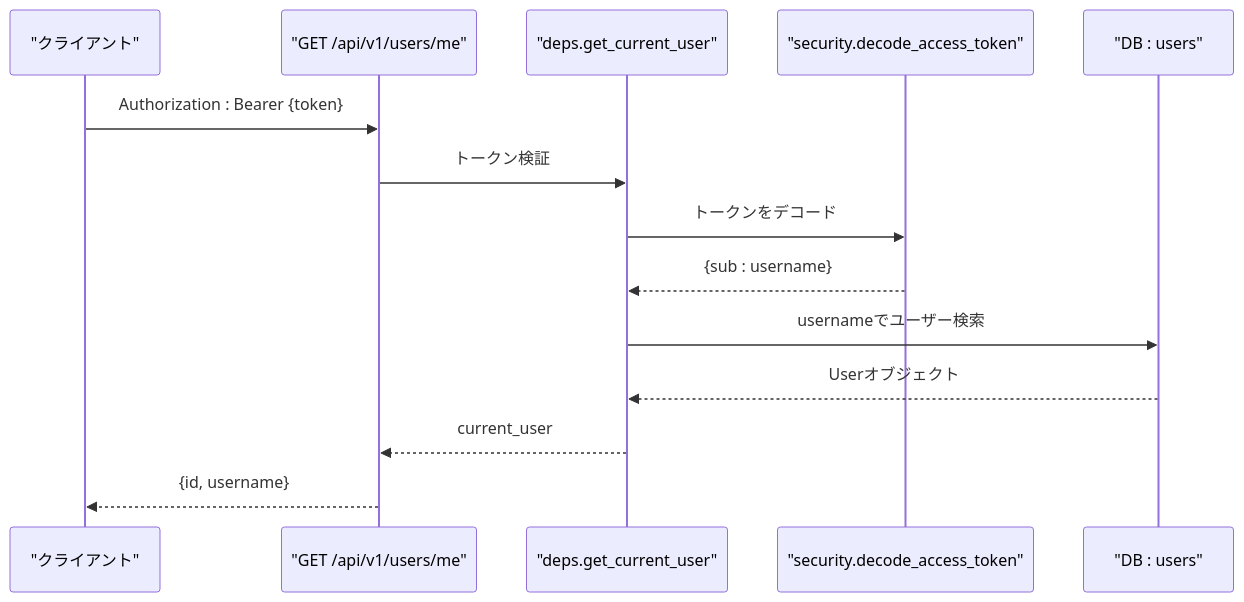
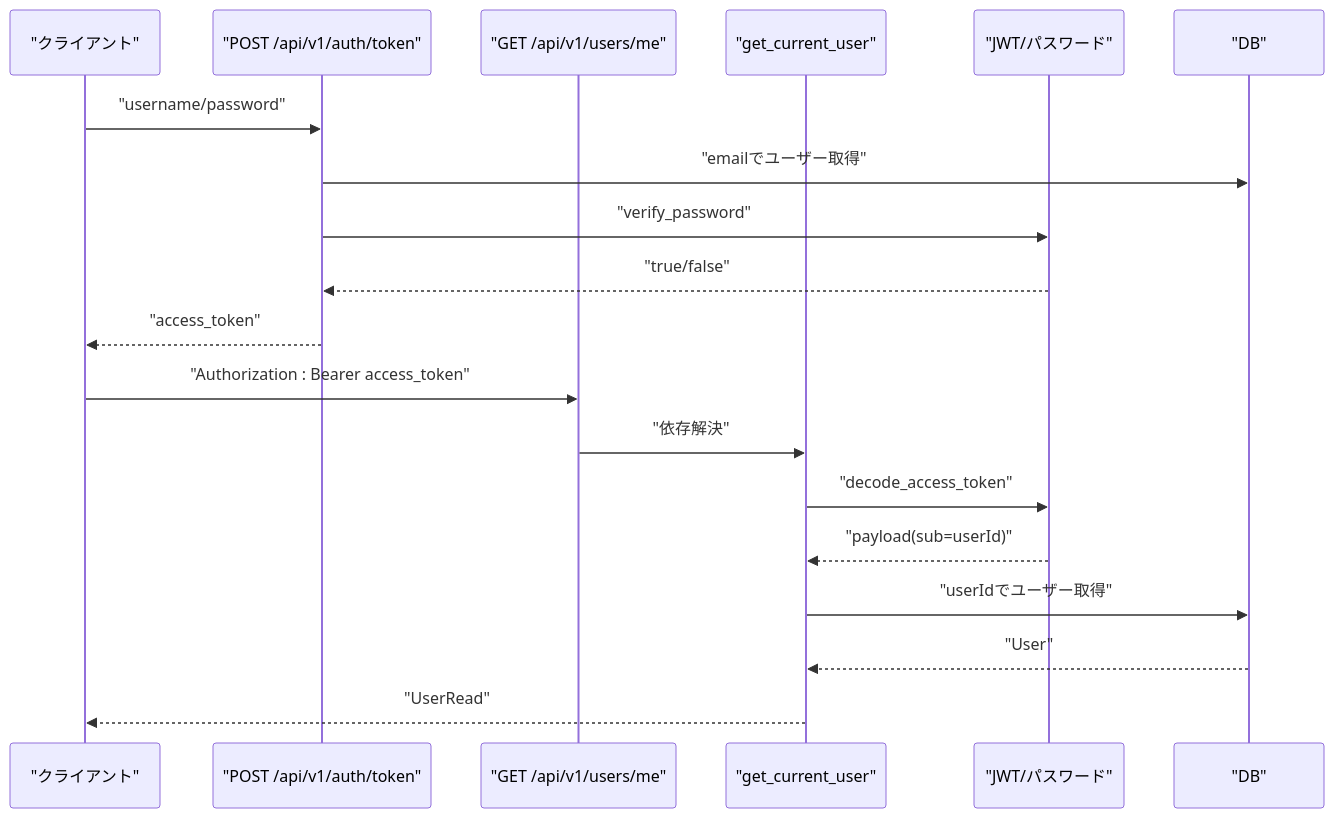
Before and after one commit to ss8806/Todos: the third of 5 diagrams in .qoder/repowiki/ja/content/APIリファレンス/ユーザーAPI.md, drawn with Mermaid. The commit also changed other lines of this file and 106 other files, not shown here.

````diff
--- a/.qoder/repowiki/ja/content/APIリファレンス/ユーザーAPI.md
+++ b/.qoder/repowiki/ja/content/APIリファレンス/ユーザーAPI.md
@@ -127,16 +242,21 @@
 ```mermaid
 sequenceDiagram
-participant C as "クライアント"
-participant U as "GET /api/v1/users/me"
-participant D as "deps.get_current_user"
-participant S as "security.decode_access_token"
-participant DB as "DB : users"
-C->>U : Authorization : Bearer {token}
-U->>D : トークン検証
-D->>S : トークンをデコード
-S-->>D : {sub : username}
-D->>DB : usernameでユーザー検索
-DB-->>D : Userオブジェクト
-D-->>U : current_user
-U-->>C : {id, username}
+participant Client as "クライアント"
+participant Auth as "POST /api/v1/auth/token"
+participant Users as "GET /api/v1/users/me"
+participant Deps as "get_current_user"
+participant Sec as "JWT/パスワード"
+participant DB as "DB"
+Client->>Auth : "username/password"
+Auth->>DB : "emailでユーザー取得"
+Auth->>Sec : "verify_password"
+Sec-->>Auth : "true/false"
+Auth-->>Client : "access_token"
+Client->>Users : "Authorization : Bearer access_token"
+Users->>Deps : "依存解決"
+Deps->>Sec : "decode_access_token"
+Sec-->>Deps : "payload(sub=userId)"
+Deps->>DB : "userIdでユーザー取得"
+DB-->>Deps : "User"
+Deps-->>Client : "UserRead"
 ```
````
